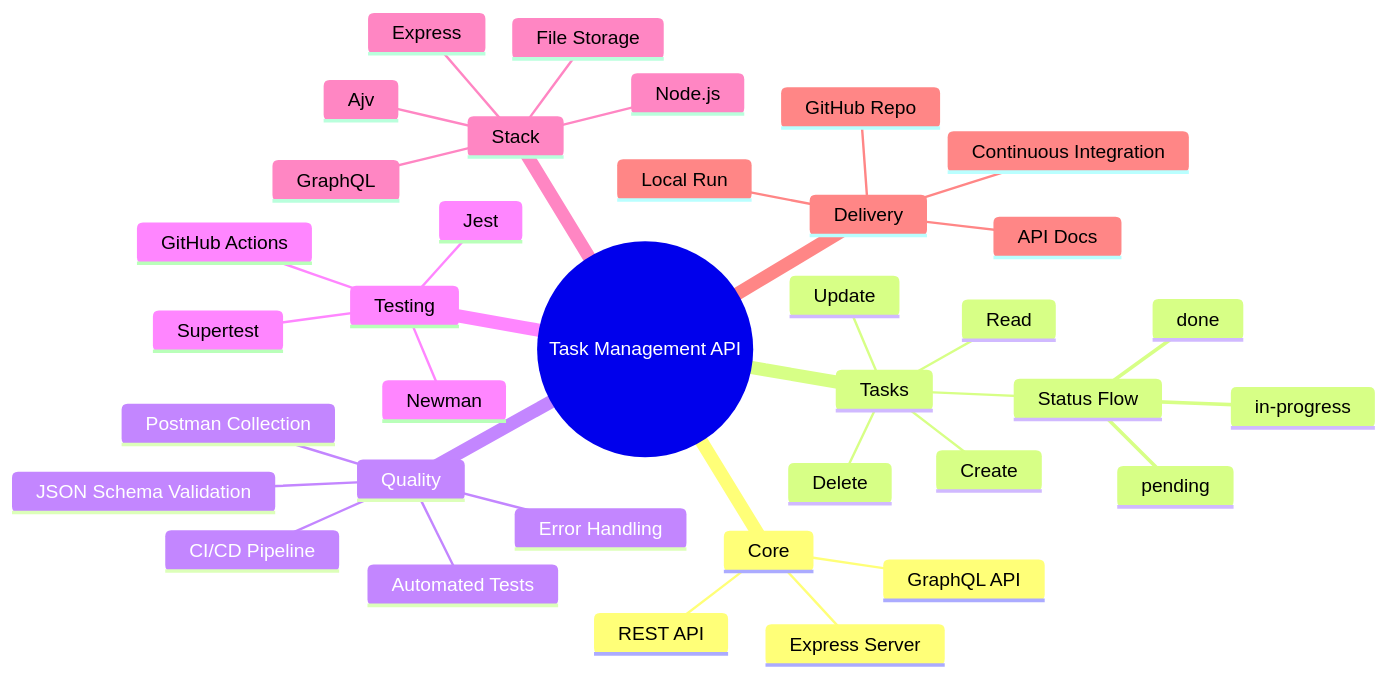
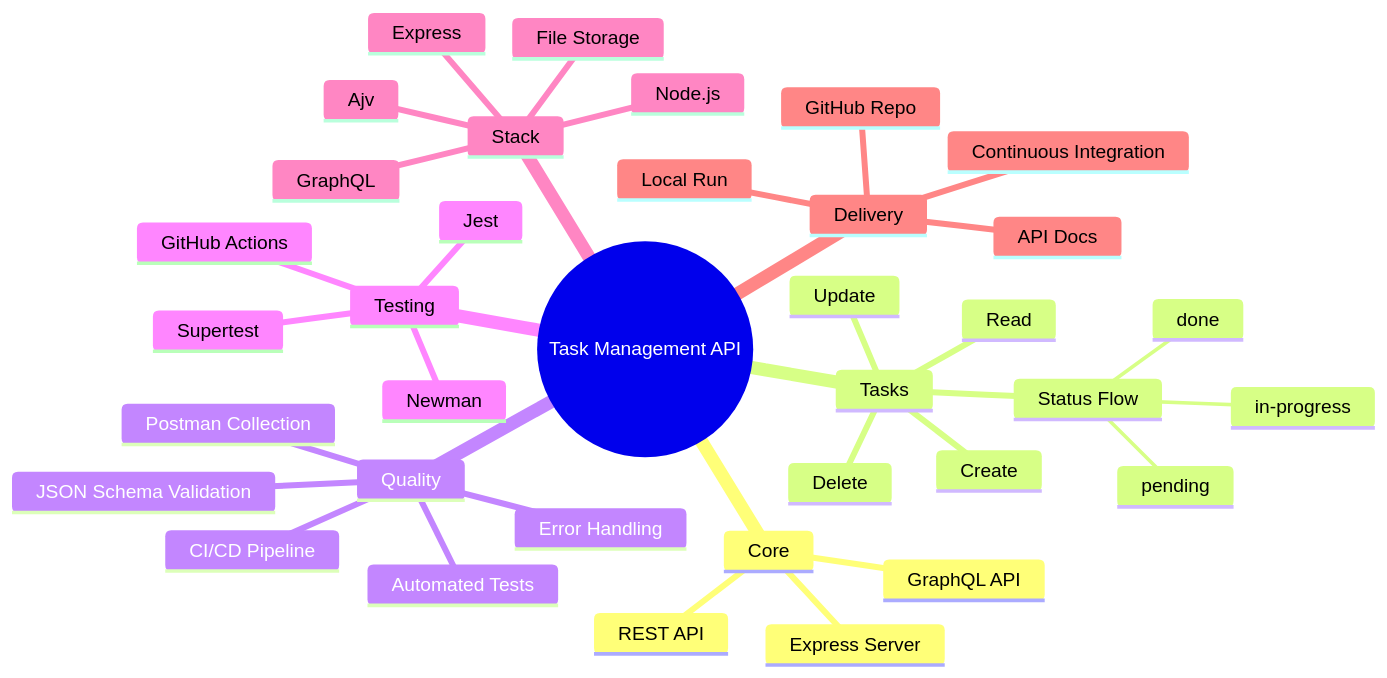
Before and after one commit to LeticiaTorquato82/Projeto-Mentoria-SI: the second of 2 diagrams in README.md, drawn with Mermaid. The commit also changed other lines of this file, not shown here.

````diff
--- a/README.md
+++ b/README.md
@@ -42,44 +57,44 @@
 ```mermaid
 mindmap
   root((Task Management API))
-     Core
+    Core
       REST API
       GraphQL API
       Express Server
 
-     Tasks
+    Tasks
       Create
       Read
       Update
       Delete
       Status Flow
         pending
         in-progress
         done
 
-     Quality
+    Quality
       JSON Schema Validation
       Error Handling
       Automated Tests
       Postman Collection
       CI/CD Pipeline
 
-     Testing
+    Testing
       Jest
       Supertest
       Newman
       GitHub Actions
 
-     Stack
+    Stack
       Node.js
       Express
       Ajv
       GraphQL
       File Storage
 
-     Delivery
+    Delivery
       Local Run
       API Docs
       GitHub Repo
       Continuous Integration
 ```
````
